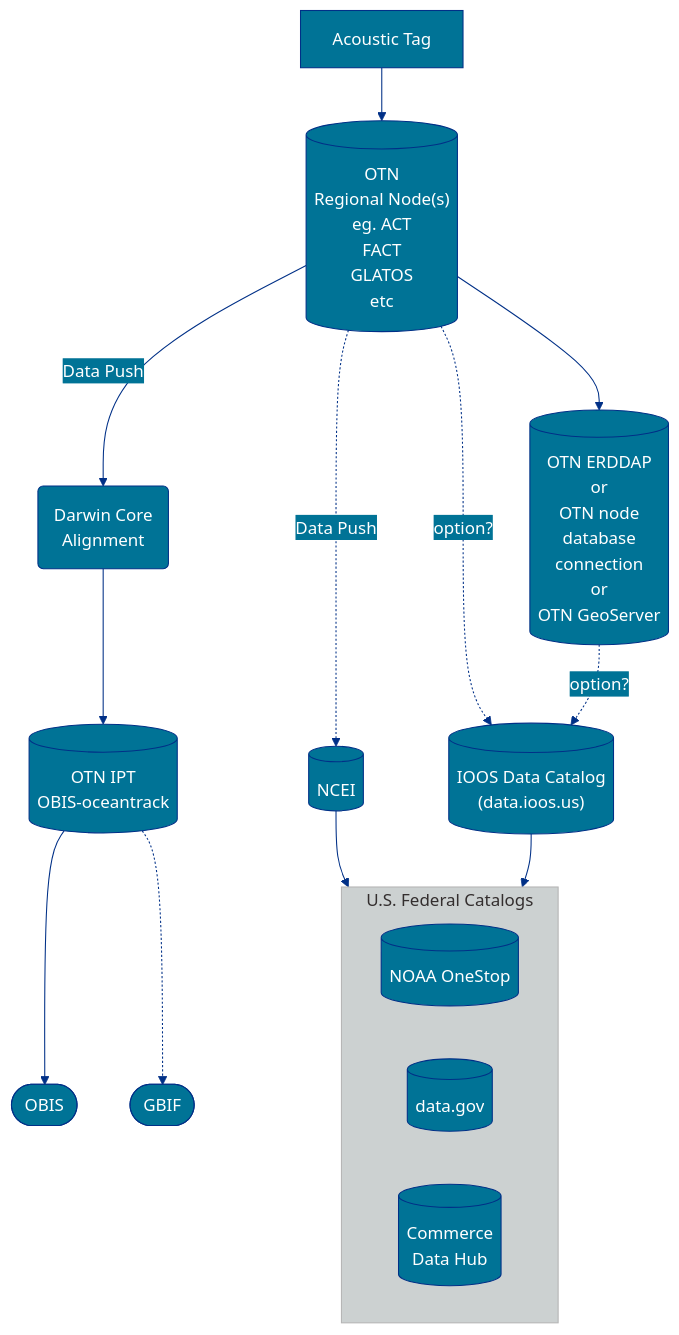
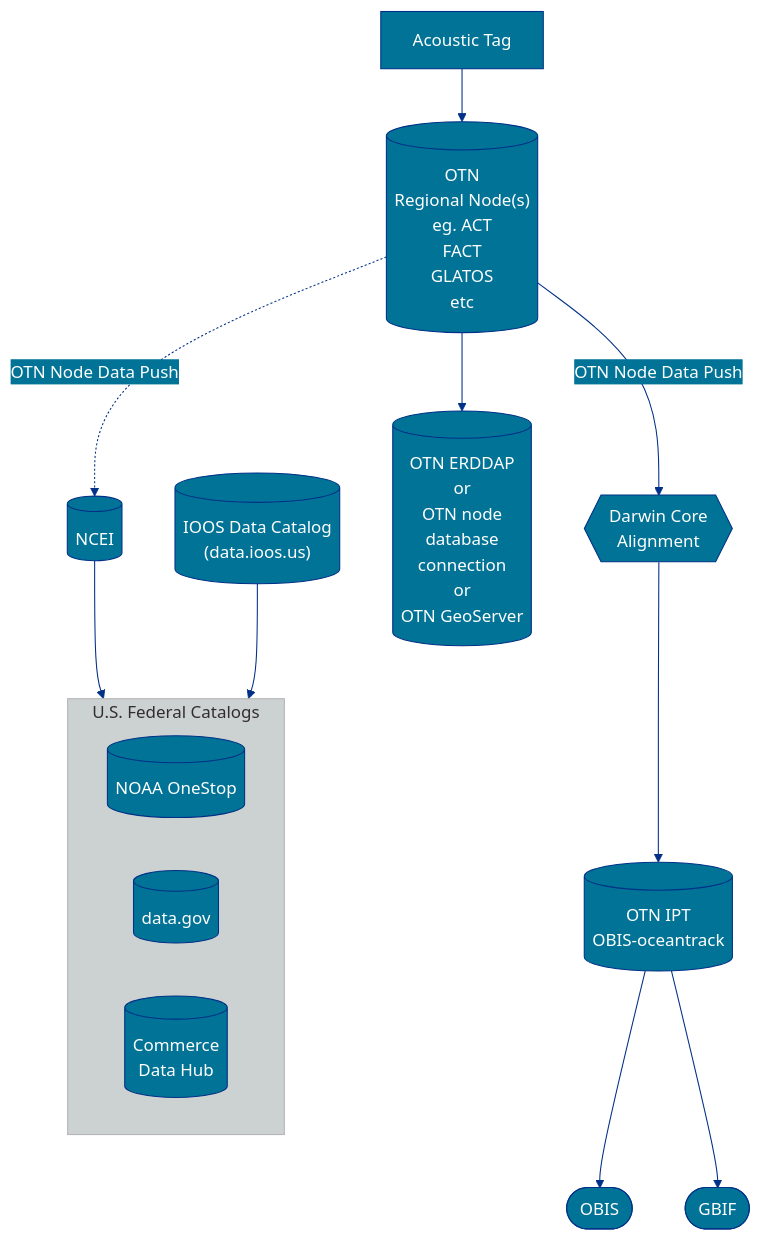
The fourth of 5 diagrams in _docs/index.md (ioos/marine_life_data_network), drawn with Mermaid before and after one commit.

Commit message:
Update index.md
updating acoustic telemetry flow

````diff
--- a/_docs/index.md
+++ b/_docs/index.md
@@ -211,4 +211,5 @@
 ```mermaid
+
 %%{
   init: {
     'theme': 'base',
@@ -227,26 +228,59 @@
 flowchart TD
 
 A["Acoustic Tag"] 
-B[("OTN\nRegional Node(s)\neg. ACT\nFACT\nGLATOS\netc")]
-C("Darwin Core\nAlignment")
+
+B[("OTN
+Regional Node(s)
+eg. ACT
+FACT
+GLATOS
+etc")]
+
+%% B[("OTN")]
+
+%% Q[(ATN Acoustic Data Mirror/
+%% FedNode??)]
+
+C{{"Darwin Core
+Alignment"}}
+
 D[(NCEI)]
-E[("OTN IPT\nOBIS-oceantrack")]
-P[("OTN ERDDAP\nor\nOTN node\ndatabase\nconnection\nor\nOTN GeoServer")]
+
+E[("OTN IPT
+OBIS-oceantrack")]
+
+P[("OTN ERDDAP
+or
+OTN node
+database
+connection
+or
+OTN GeoServer")]
+
 G([OBIS])
+
 H([GBIF])
-I[("IOOS Data Catalog\n(data.ioos.us)")]
+
+I[("IOOS Data Catalog
+(data.ioos.us)")]
+
 J[(NOAA OneStop)]
+
 K[(data.gov)]
-L[("Commerce\nData Hub")]
+
+L[("Commerce
+Data Hub")]
 
 A --> B
-B -- Data Push --> C
-B -. Data Push .-> D
-B -. option? .-> I
-P -. option? .-> I
+B -- OTN Node Data Push --> C
+%% B .-> Q
+%% Q .-> D
+B -. OTN Node Data Push .-> D
+%% B -. option? .-> I
+%% P -. option? .-> I
 C --> E
 E --> G
-E .-> H
+E --> H
 
 D --> FC
 I --> FC
````
